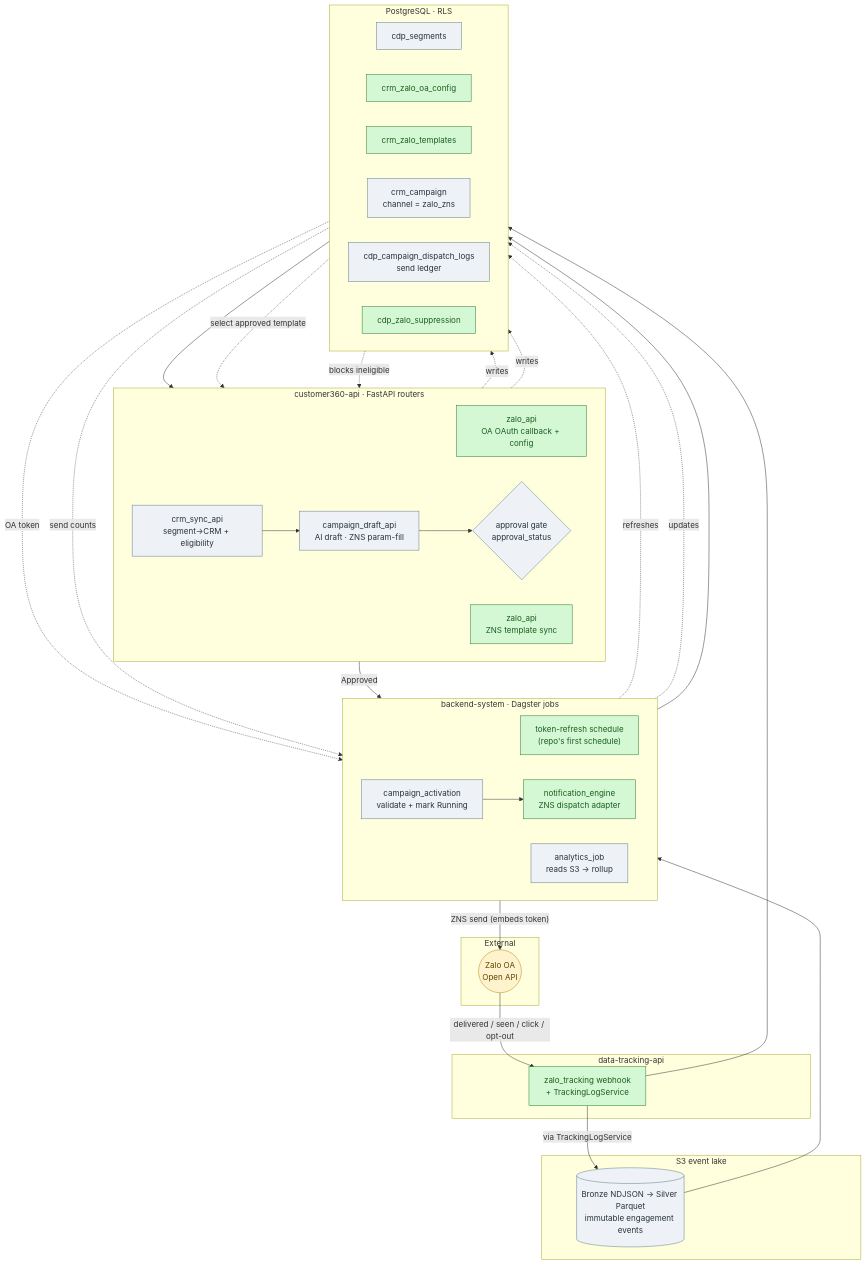
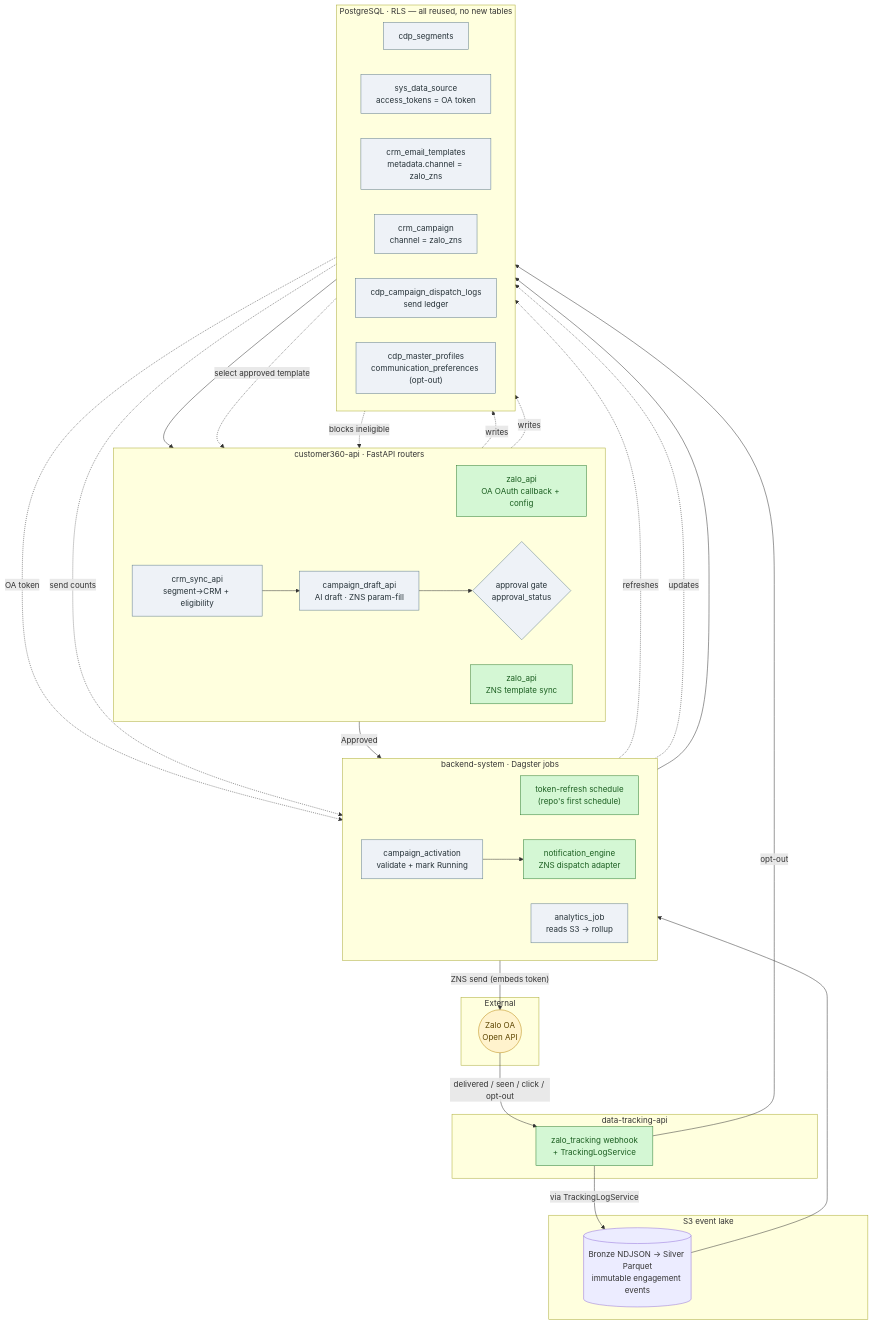
One commit to LEO-CDP/leo-customer360 changed the first of 3 diagrams in docs/action-plans/PLAN-ZALO-ZNS-OPTIMIZED.md. Above: the diagram before and after it, drawn with Mermaid. The commit also changed other lines of this file, not shown here.

First line of the commit message:
docs(zalo): re-baseline plan on zero-new-table (max reuse)

````diff
--- a/docs/action-plans/PLAN-ZALO-ZNS-OPTIMIZED.md
+++ b/docs/action-plans/PLAN-ZALO-ZNS-OPTIMIZED.md
@@ -29,66 +29,66 @@
 ```mermaid
 flowchart TB
     subgraph API["customer360-api · FastAPI routers"]
         direction LR
         OACFG["zalo_api<br/>OA OAuth callback + config"]
         TPLSYNC["zalo_api<br/>ZNS template sync"]
         SYNC["crm_sync_api<br/>segment→CRM + eligibility"]
         DRAFT["campaign_draft_api<br/>AI draft · ZNS param-fill"]
         APPR{"approval gate<br/>approval_status"}
     end
 
     subgraph DAG["backend-system · Dagster jobs"]
         direction LR
         TR["token-refresh schedule<br/>(repo's first schedule)"]
         ACT["campaign_activation<br/>validate + mark Running"]
         ENG["notification_engine<br/>ZNS dispatch adapter"]
         AN["analytics_job<br/>reads S3 → rollup"]
     end
 
     subgraph EXT["External"]
         ZALOAPI(("Zalo OA<br/>Open API"))
     end
 
     subgraph DTA["data-tracking-api"]
         WH["zalo_tracking webhook<br/>+ TrackingLogService"]
     end
 
     subgraph LAKE["S3 event lake"]
         S3[("Bronze NDJSON → Silver Parquet<br/>immutable engagement events")]
     end
 
-    subgraph PG["PostgreSQL · RLS"]
+    subgraph PG["PostgreSQL · RLS — all reused, no new tables"]
         direction LR
         SEG["cdp_segments"]
-        OACFGT["crm_zalo_oa_config"]
-        TPLT["crm_zalo_templates"]
+        DS["sys_data_source<br/>access_tokens = OA token"]
+        TPLT["crm_email_templates<br/>metadata.channel = zalo_zns"]
         CAMP["crm_campaign<br/>channel = zalo_zns"]
         LOG["cdp_campaign_dispatch_logs<br/>send ledger"]
-        SUP["cdp_zalo_suppression"]
+        SUP["cdp_master_profiles<br/>communication_preferences (opt-out)"]
     end
 
     SEG --> SYNC --> DRAFT --> APPR
-    OACFG -. writes .-> OACFGT
-    TR -. refreshes .-> OACFGT
+    OACFG -. writes .-> DS
+    TR -. refreshes .-> DS
     TPLSYNC -. writes .-> TPLT
     TPLT -. select approved template .-> DRAFT
     APPR -- Approved --> ACT
     ACT -. updates .-> CAMP
     ACT --> ENG
-    OACFGT -. OA token .-> ENG
+    DS -. OA token .-> ENG
     ENG -- "ZNS send (embeds token)" --> ZALOAPI
     ENG --> LOG
     ZALOAPI -- delivered / seen / click / opt-out --> WH
     WH -- via TrackingLogService --> S3
-    WH --> SUP
+    WH -- opt-out --> SUP
     S3 --> AN
     LOG -. send counts .-> AN
     SUP -. blocks ineligible .-> SYNC
 
     classDef new fill:#d4f7d4,stroke:#2e7d32,color:#1b5e20;
     classDef reuse fill:#eef2f7,stroke:#607d8b,color:#263238;
     classDef ext fill:#fff3cd,stroke:#b8860b,color:#5c4400;
-    class OACFG,TPLSYNC,TR,ENG,WH,OACFGT,TPLT,SUP new;
-    class SYNC,DRAFT,APPR,ACT,AN,SEG,CAMP,LOG,S3 reuse;
+    class OACFG,TPLSYNC,TR,ENG,WH new;
+    class SYNC,DRAFT,APPR,ACT,AN,SEG,DS,TPLT,CAMP,LOG,SUP reuse;
     class ZALOAPI ext;
 ```
````
